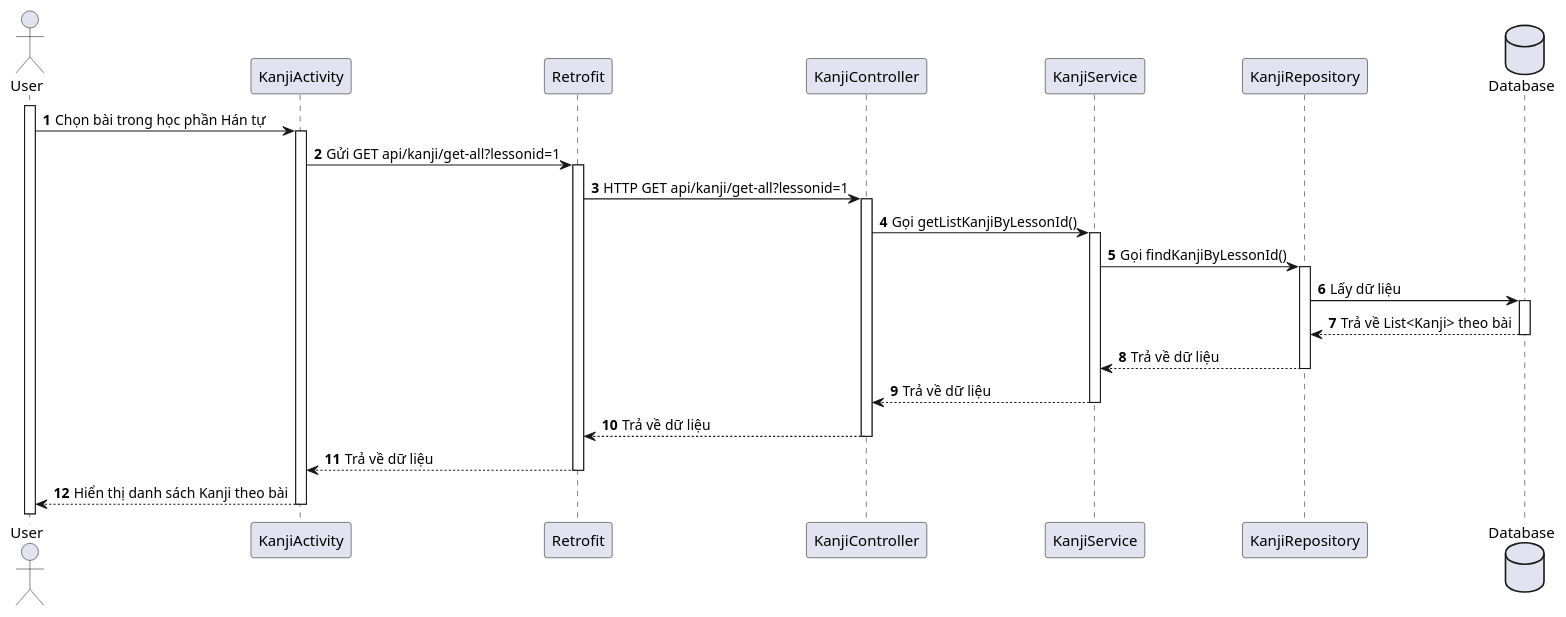
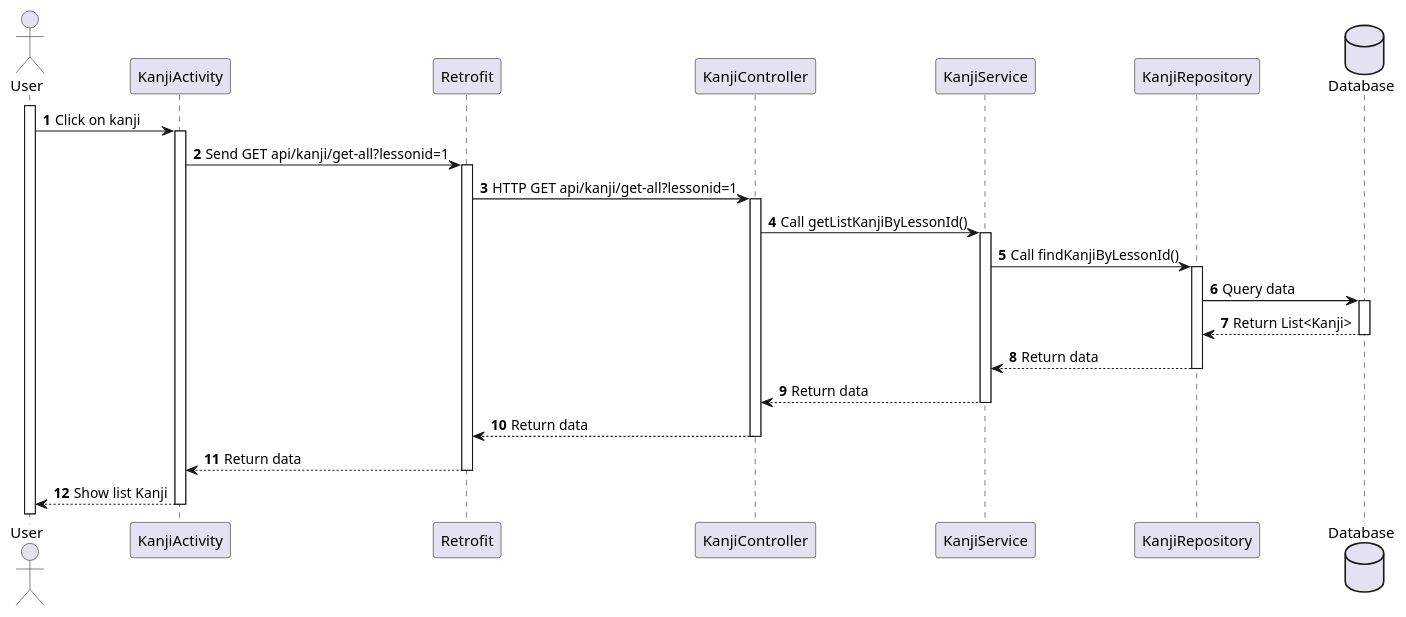
One commit to Annthe160639/japanese-app changed the diagram in japanese-app/plant_uml/Kanji/[Sequence] Kanji_List.puml. Above: the diagram before and after it, drawn with PlantUML. The commit also changed 7 other files, not shown here.

Commit message:
update sequence

```diff
--- a/japanese-app/plant_uml/Kanji/[Sequence] Kanji_List.puml
+++ b/japanese-app/plant_uml/Kanji/[Sequence] Kanji_List.puml
@@ -1,43 +1,43 @@
 @startuml
 'https://plantuml.com/sequence-diagram
 
 'use case: Hiển thị danh sách kanji
 'author: Ngoc Mai
 
 actor User
 
 participant KanjiActivity as Activity
 participant Retrofit
 participant KanjiController as Controller
 participant KanjiService as Service
 participant KanjiRepository as Repository
 
 database Database
 
 activate User
 
 autonumber
 
 'Request
-User -> Activity: Chọn bài trong học phần Hán tự
+User -> Activity: Click on kanji
 activate Activity
-Activity -> Retrofit: Gửi GET api/kanji/get-all?lessonid=1
+Activity -> Retrofit: Send GET api/kanji/get-all?lessonid=1
 activate Retrofit
 Retrofit -> Controller: HTTP GET api/kanji/get-all?lessonid=1
 activate Controller
-Controller -> Service: Gọi getListKanjiByLessonId()
+Controller -> Service: Call getListKanjiByLessonId()
 activate Service
-Service -> Repository: Gọi findKanjiByLessonId()
+Service -> Repository: Call findKanjiByLessonId()
 activate Repository
-Repository -> Database: Lấy dữ liệu
+Repository -> Database: Query data
 activate Database
 
 'Response
-Repository <-- Database--: Trả về List<Kanji> theo bài
-Service <-- Repository--: Trả về dữ liệu
-Controller <-- Service--: Trả về dữ liệu
-Retrofit <-- Controller--: Trả về dữ liệu
-Activity <-- Retrofit--: Trả về dữ liệu
-User <-- Activity--: Hiển thị danh sách Kanji theo bài
+Repository <-- Database--: Return List<Kanji>
+Service <-- Repository--: Return data
+Controller <-- Service--: Return data
+Retrofit <-- Controller--: Return data
+Activity <-- Retrofit--: Return data
+User <-- Activity--: Show list Kanji
 
 @enduml
```
